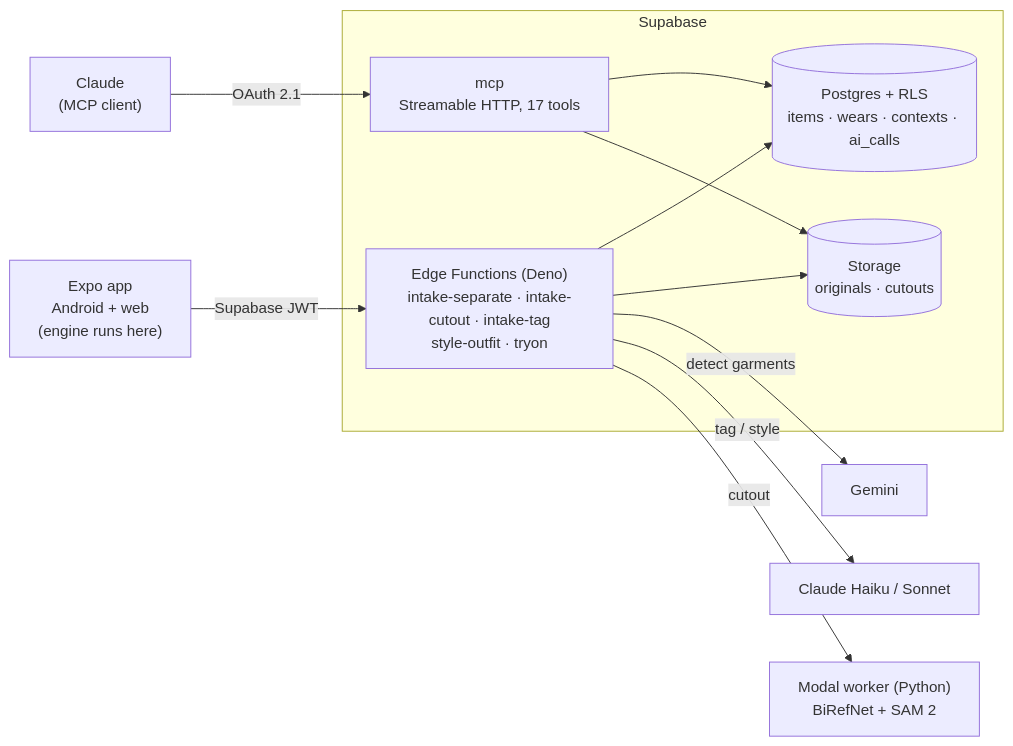
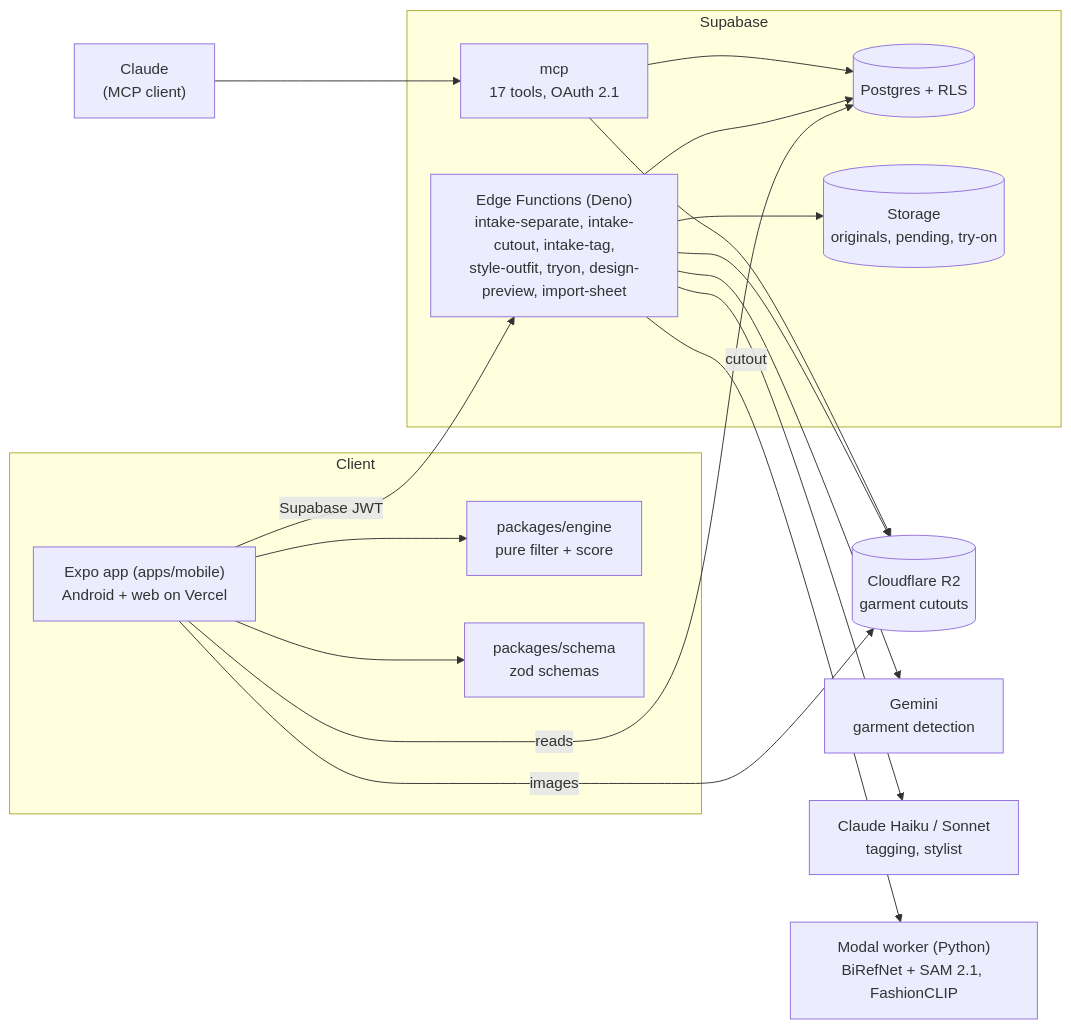
One commit to Royc4515/fit-check changed the diagram in README.md. Above: the diagram before and after it, drawn with Mermaid. The commit also changed other lines of this file and 5 other files, not shown here.

````diff
--- a/README.md
+++ b/README.md
@@ -29,16 +88,34 @@
 ```mermaid
 flowchart LR
-  App["Expo app<br/>Android + web<br/>(engine runs here)"] -->|Supabase JWT| EF
-  Claude["Claude<br/>(MCP client)"] -->|OAuth 2.1| MCP
+  subgraph Client
+    App["Expo app (apps/mobile)<br/>Android + web on Vercel"]
+    Engine["packages/engine<br/>pure filter + score"]
+    Schema["packages/schema<br/>zod schemas"]
+  end
+  Claude["Claude<br/>(MCP client)"]
   subgraph Supabase
-    EF["Edge Functions (Deno)<br/>intake-separate · intake-cutout · intake-tag<br/>style-outfit · tryon"]
-    MCP["mcp<br/>Streamable HTTP, 17 tools"]
-    DB[("Postgres + RLS<br/>items · wears · contexts · ai_calls")]
-    ST[("Storage<br/>originals · cutouts")]
+    EF["Edge Functions (Deno)<br/>intake-separate, intake-cutout, intake-tag,<br/>style-outfit, tryon, design-preview, import-sheet"]
+    MCP["mcp<br/>17 tools, OAuth 2.1"]
+    DB[("Postgres + RLS")]
+    ST[("Storage<br/>originals, pending, try-on")]
   end
-  EF --> DB & ST
-  MCP --> DB & ST
-  EF -->|detect garments| Gemini
-  EF -->|tag / style| Anthropic["Claude Haiku / Sonnet"]
-  EF -->|cutout| Worker["Modal worker (Python)<br/>BiRefNet + SAM 2"]
+  R2[("Cloudflare R2<br/>garment cutouts")]
+  Gemini["Gemini<br/>garment detection"]
+  Anthropic["Claude Haiku / Sonnet<br/>tagging, stylist"]
+  Worker["Modal worker (Python)<br/>BiRefNet + SAM 2.1, FashionCLIP"]
+
+  App --> Engine
+  App --> Schema
+  App -->|Supabase JWT| EF
+  App -->|reads| DB
+  App -->|images| R2
+  Claude --> MCP
+  EF --> DB
+  EF --> ST
+  EF --> R2
+  MCP --> DB
+  MCP --> R2
+  EF --> Gemini
+  EF --> Anthropic
+  EF -->|cutout| Worker
 ```
````
